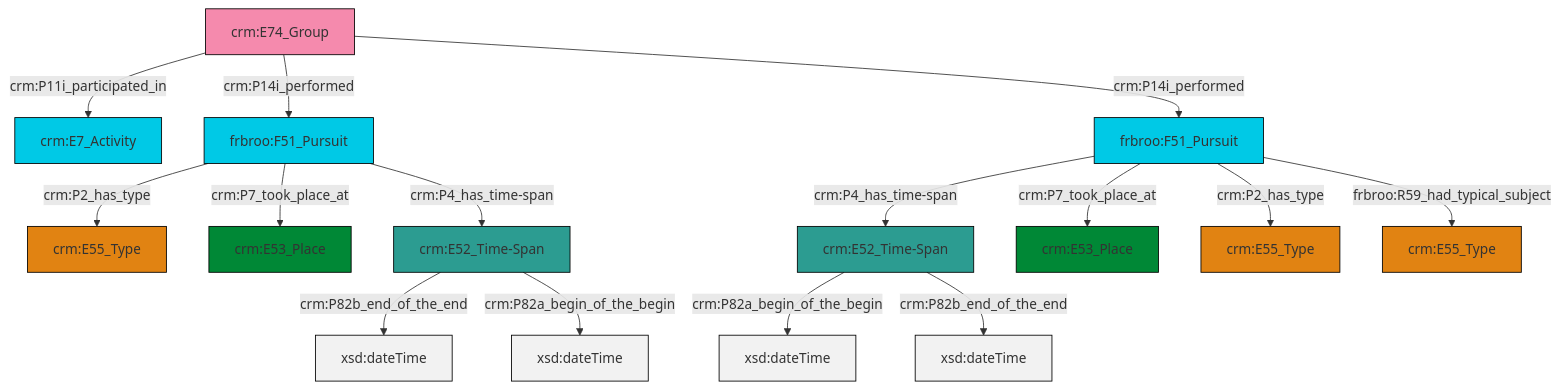
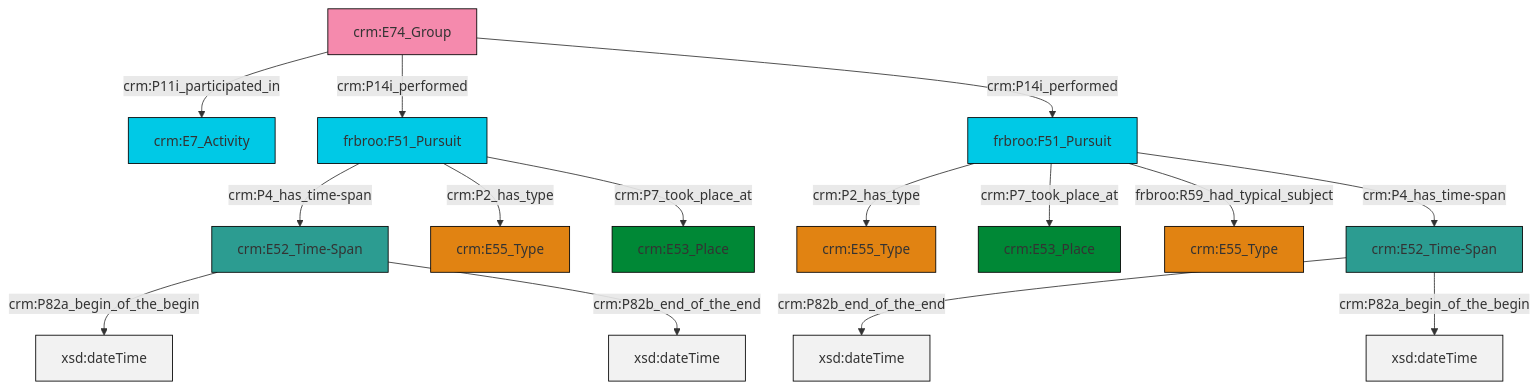
One commit to swiss-art-research-net/reference-data-models changed the diagram in et/groupCSV/ttl/mmd/group_events.ttl.mmd. Above: the diagram before and after it, drawn with Mermaid. The commit also changed 125 other files, not shown here.

```diff
--- a/et/groupCSV/ttl/mmd/group_events.ttl.mmd
+++ b/et/groupCSV/ttl/mmd/group_events.ttl.mmd
@@ -1,29 +1,29 @@
 graph TD
 classDef Literal fill:#f2f2f2,stroke:#000000;
 classDef CRM_Entity fill:#FFFFFF,stroke:#000000;
 classDef Temporal_Entity fill:#00C9E6, stroke:#000000;
 classDef Type fill:#E18312, stroke:#000000;
 classDef Time-Span fill:#2C9C91, stroke:#000000;
 classDef Appellation fill:#FFEB7F, stroke:#000000;
 classDef Place fill:#008836, stroke:#000000;
 classDef Persistent_Item fill:#B266B2, stroke:#000000;
 classDef Conceptual_Object fill:#FFD700, stroke:#000000;
 classDef Physical_Thing fill:#D2B48C, stroke:#000000;
 classDef Actor fill:#f58aad, stroke:#000000;
 classDef PC_Classes fill:#4ce600, stroke:#000000;
 classDef Multi fill:#cccccc,stroke:#000000;
 
-0["crm:E52_Time-Span"]:::Time-Span -->|crm:P82b_end_of_the_end| 1[xsd:dateTime]:::Literal
-4["crm:E74_Group"]:::Actor -->|crm:P11i_participated_in| 5["crm:E7_Activity"]:::Temporal_Entity
-9["frbroo:F51_Pursuit"]:::Temporal_Entity -->|crm:P4_has_time-span| 10["crm:E52_Time-Span"]:::Time-Span
-10["crm:E52_Time-Span"]:::Time-Span -->|crm:P82a_begin_of_the_begin| 12[xsd:dateTime]:::Literal
-10["crm:E52_Time-Span"]:::Time-Span -->|crm:P82b_end_of_the_end| 15[xsd:dateTime]:::Literal
-9["frbroo:F51_Pursuit"]:::Temporal_Entity -->|crm:P7_took_place_at| 16["crm:E53_Place"]:::Place
-4["crm:E74_Group"]:::Actor -->|crm:P14i_performed| 2["frbroo:F51_Pursuit"]:::Temporal_Entity
-9["frbroo:F51_Pursuit"]:::Temporal_Entity -->|crm:P2_has_type| 17["crm:E55_Type"]:::Type
-0["crm:E52_Time-Span"]:::Time-Span -->|crm:P82a_begin_of_the_begin| 21[xsd:dateTime]:::Literal
-2["frbroo:F51_Pursuit"]:::Temporal_Entity -->|crm:P2_has_type| 19["crm:E55_Type"]:::Type
-9["frbroo:F51_Pursuit"]:::Temporal_Entity -->|frbroo:R59_had_typical_subject| 13["crm:E55_Type"]:::Type
-2["frbroo:F51_Pursuit"]:::Temporal_Entity -->|crm:P7_took_place_at| 6["crm:E53_Place"]:::Place
-4["crm:E74_Group"]:::Actor -->|crm:P14i_performed| 9["frbroo:F51_Pursuit"]:::Temporal_Entity
-2["frbroo:F51_Pursuit"]:::Temporal_Entity -->|crm:P4_has_time-span| 0["crm:E52_Time-Span"]:::Time-Span
+0["crm:E52_Time-Span"]:::Time-Span -->|crm:P82a_begin_of_the_begin| 1[xsd:dateTime]:::Literal
+6["frbroo:F51_Pursuit"]:::Temporal_Entity -->|crm:P2_has_type| 7["crm:E55_Type"]:::Type
+8["crm:E74_Group"]:::Actor -->|crm:P11i_participated_in| 9["crm:E7_Activity"]:::Temporal_Entity
+6["frbroo:F51_Pursuit"]:::Temporal_Entity -->|crm:P7_took_place_at| 10["crm:E53_Place"]:::Place
+4["frbroo:F51_Pursuit"]:::Temporal_Entity -->|crm:P4_has_time-span| 0["crm:E52_Time-Span"]:::Time-Span
+2["crm:E52_Time-Span"]:::Time-Span -->|crm:P82b_end_of_the_end| 15[xsd:dateTime]:::Literal
+4["frbroo:F51_Pursuit"]:::Temporal_Entity -->|crm:P2_has_type| 17["crm:E55_Type"]:::Type
+6["frbroo:F51_Pursuit"]:::Temporal_Entity -->|frbroo:R59_had_typical_subject| 19["crm:E55_Type"]:::Type
+6["frbroo:F51_Pursuit"]:::Temporal_Entity -->|crm:P4_has_time-span| 2["crm:E52_Time-Span"]:::Time-Span
+2["crm:E52_Time-Span"]:::Time-Span -->|crm:P82a_begin_of_the_begin| 21[xsd:dateTime]:::Literal
+8["crm:E74_Group"]:::Actor -->|crm:P14i_performed| 4["frbroo:F51_Pursuit"]:::Temporal_Entity
+8["crm:E74_Group"]:::Actor -->|crm:P14i_performed| 6["frbroo:F51_Pursuit"]:::Temporal_Entity
+4["frbroo:F51_Pursuit"]:::Temporal_Entity -->|crm:P7_took_place_at| 13["crm:E53_Place"]:::Place
+0["crm:E52_Time-Span"]:::Time-Span -->|crm:P82b_end_of_the_end| 26[xsd:dateTime]:::Literal
```
